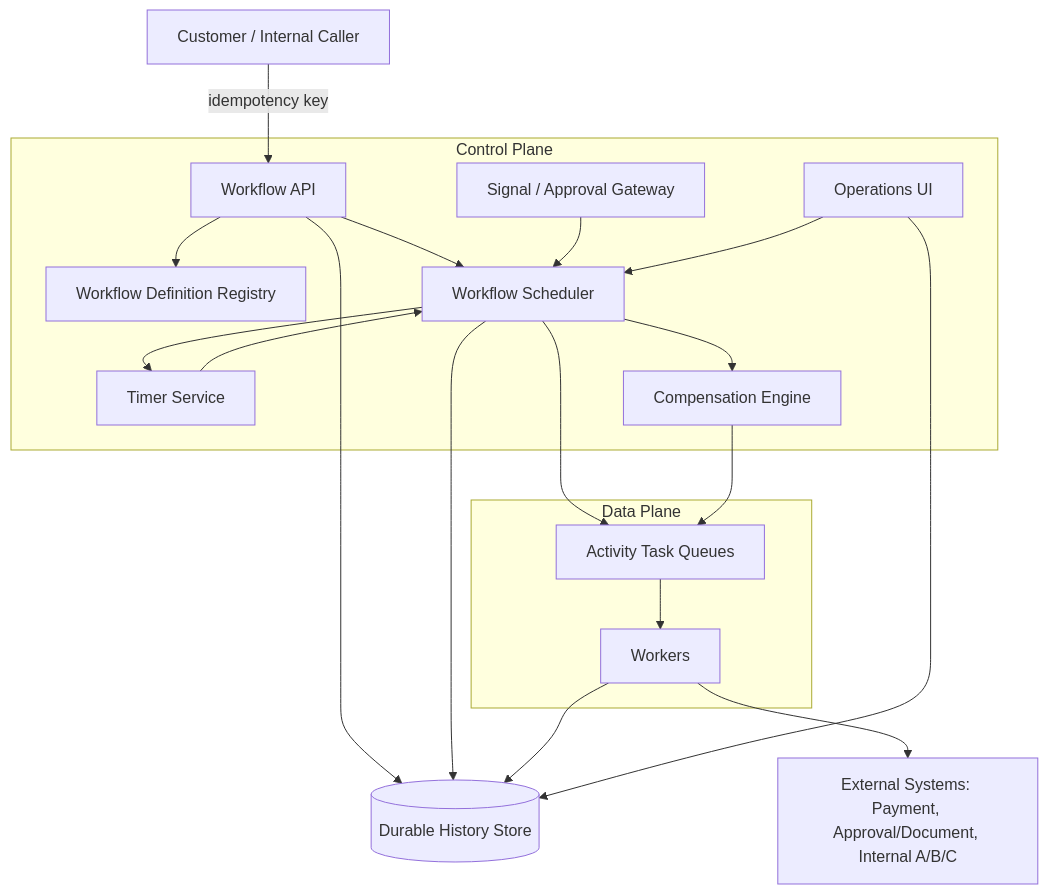
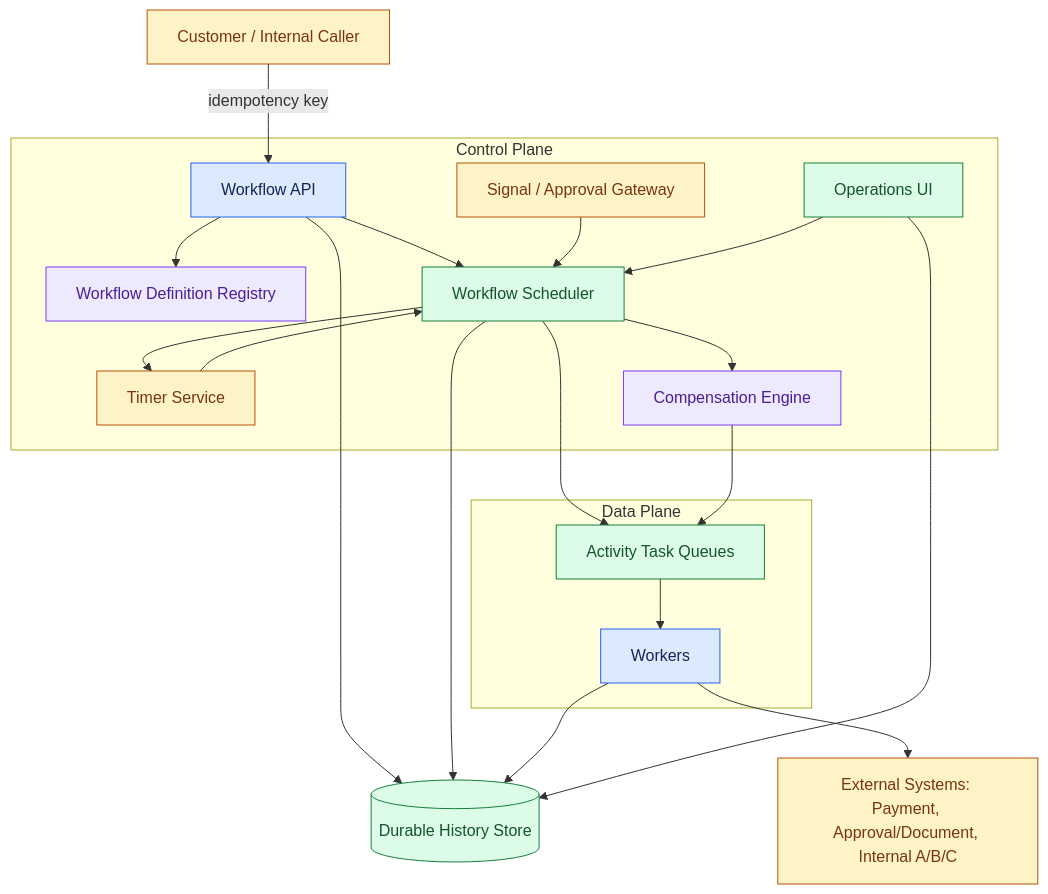
Before and after one commit to Sourav692/Forward-Deployed-Engineer-Interview-Prep: the first of 3 diagrams in site/content/modules/15-fde-case-studies/standalone-designs/reliable-workflow-orchestration/tutorial-v2-part-4.md, drawn with Mermaid. The commit also changed other lines of this file and 1268 other files, not shown here.

First line of the commit message:
content: polish Casebook writing and Mermaid diagrams (#251)

````diff
--- a/site/content/modules/15-fde-case-studies/standalone-designs/reliable-workflow-orchestration/tutorial-v2-part-4.md
+++ b/site/content/modules/15-fde-case-studies/standalone-designs/reliable-workflow-orchestration/tutorial-v2-part-4.md
@@ -43,35 +43,45 @@
 ```mermaid
 flowchart TB
   subgraph CP["Control Plane"]
     API["Workflow API"]
     REG["Workflow Definition Registry"]
     SCHED["Workflow Scheduler"]
     TIMER["Timer Service"]
     SIGNAL["Signal / Approval Gateway"]
     COMP["Compensation Engine"]
     OPS["Operations UI"]
   end
   subgraph DP["Data Plane"]
     Q["Activity Task Queues"]
     W["Workers"]
   end
   HIST[("Durable History Store")]
   EXT["External Systems: Payment, Approval/Document, Internal A/B/C"]
 
   Caller["Customer / Internal Caller"] -->|idempotency key| API
   API --> REG
   API --> HIST
   API --> SCHED
   SCHED --> HIST
   SCHED --> Q
   Q --> W
   W --> EXT
   W --> HIST
   TIMER --> SCHED
   SCHED --> TIMER
   SIGNAL --> SCHED
   COMP --> Q
   SCHED --> COMP
   OPS --> HIST
   OPS --> SCHED
+
+    %% Casebook colours: entry, reasoning, results, controls, and stopped paths.
+    classDef cbInput fill:#dbeafe,stroke:#2563eb,color:#172554
+    class API,W cbInput
+    classDef cbReason fill:#ede9fe,stroke:#7c3aed,color:#4c1d95
+    class REG,COMP cbReason
+    classDef cbAction fill:#dcfce7,stroke:#15803d,color:#14532d
+    class SCHED,OPS,Q,HIST cbAction
+    classDef cbPolicy fill:#fef3c7,stroke:#b45309,color:#78350f
+    class TIMER,SIGNAL,EXT,Caller cbPolicy
 ```
````
